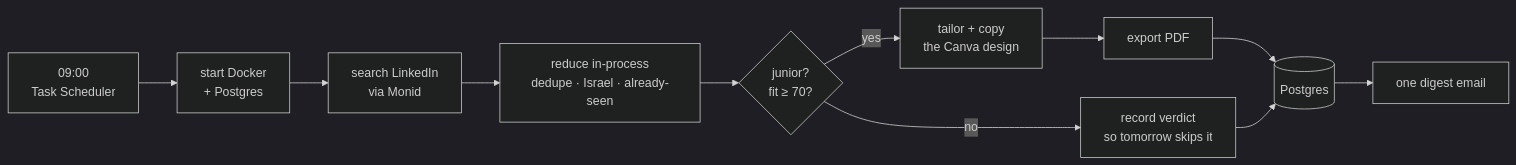
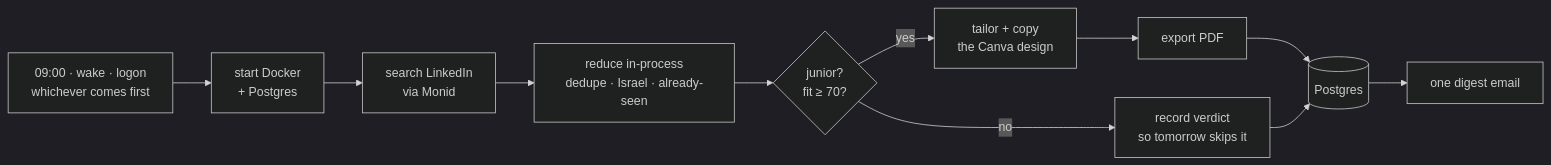
The diagram in README.md (Dvir54/JobSearchAgentSystem), drawn with Mermaid (dark theme) before and after one commit. The commit also changed other lines of this file and 8 other files, not shown here.

````diff
--- a/README.md
+++ b/README.md
@@ -9,13 +9,13 @@
 ```mermaid
 flowchart LR
-  T["09:00<br/>Task Scheduler"] --> D["start Docker<br/>+ Postgres"]
+  T["09:00 · wake · logon<br/>whichever comes first"] --> D["start Docker<br/>+ Postgres"]
   D --> S["search LinkedIn<br/>via Monid"]
   S --> R["reduce in-process<br/>dedupe · Israel · already-seen"]
   R --> J{"junior?<br/>fit ≥ 70?"}
   J -- no --> V["record verdict<br/>so tomorrow skips it"]
   J -- yes --> C["tailor + copy<br/>the Canva design"]
   C --> P["export PDF"]
   P --> DB[("Postgres")]
   V --> DB
   DB --> M["one digest email"]
 ```
````
